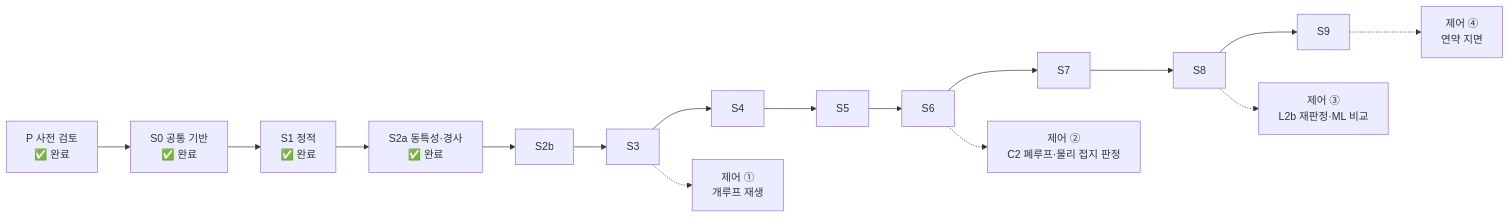
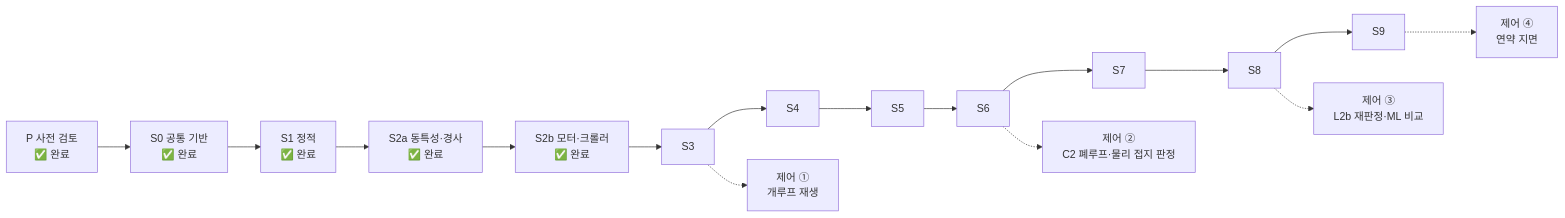
The diagram in 00_docs/00_roadmap.md (jinbeomjeong/outrigger_control), drawn with Mermaid before and after one commit. The commit also changed other lines of this file and 136 other files, not shown here.

````diff
--- a/00_docs/00_roadmap.md
+++ b/00_docs/00_roadmap.md
@@ -17,10 +17,10 @@
 ```mermaid
 flowchart LR
     P["P 사전 검토<br/>✅ 완료"] --> S0["S0 공통 기반<br/>✅ 완료"]
-    S0 --> S1["S1 정적<br/>✅ 완료"] --> S2a["S2a 동특성·경사<br/>✅ 완료"] --> S2b --> S3 --> S4 --> S5 --> S6
+    S0 --> S1["S1 정적<br/>✅ 완료"] --> S2a["S2a 동특성·경사<br/>✅ 완료"] --> S2b["S2b 모터·크롤러<br/>✅ 완료"] --> S3 --> S4 --> S5 --> S6
     S6 --> S7 --> S8 --> S9
     S3 -.-> C1["제어 ①<br/>개루프 재생"]
     S6 -.-> C2["제어 ②<br/>C2 폐루프·물리 접지 판정"]
     S8 -.-> C3["제어 ③<br/>L2b 재판정·ML 비교"]
     S9 -.-> C4["제어 ④<br/>연약 지면"]
 ```
````
